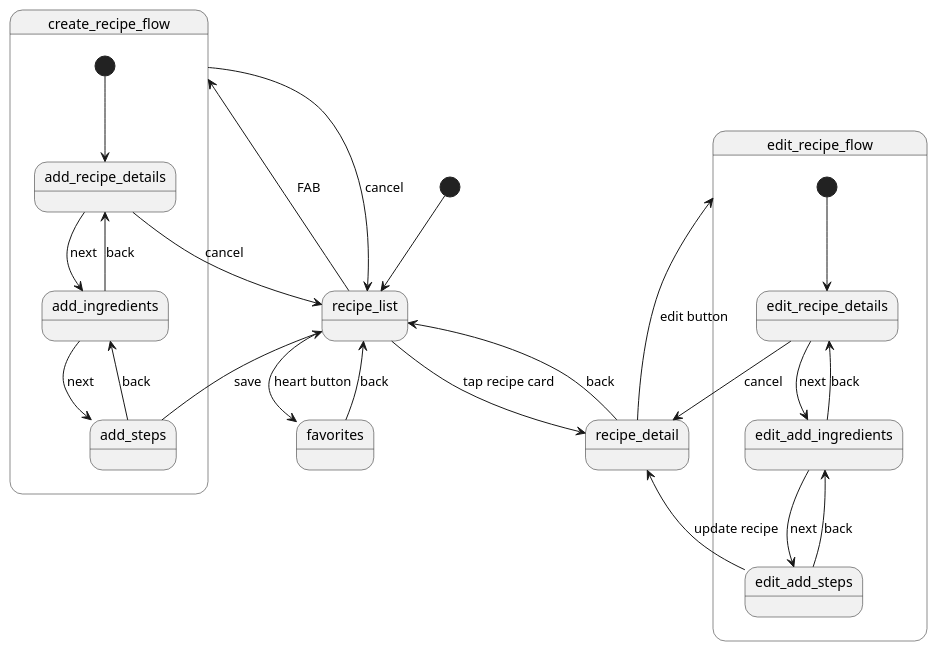
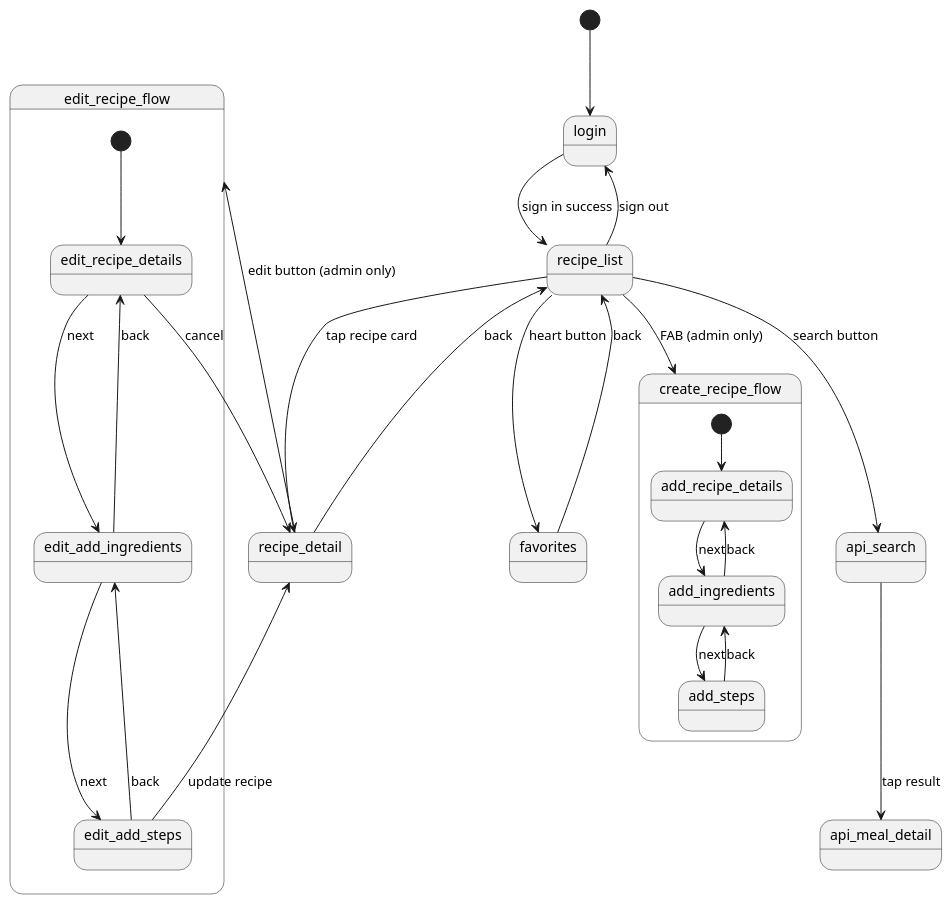
The first of 2 diagrams in README.md (OmiShrestha/w-cooking-recipe), drawn with PlantUML before and after one commit. The commit also changed other lines of this file, not shown here.

````diff
--- a/README.md
+++ b/README.md
@@ -42,41 +51,37 @@
 ```plantuml
 @startuml
-[*] --> recipe_list
+state login
+[*] --> login
+
+login --> recipe_list : sign in success
 
 recipe_list --> favorites : heart button
 recipe_list --> recipe_detail : tap recipe card
+recipe_list --> CreateFlow : FAB (admin only)
 
 state "create_recipe_flow" as CreateFlow {
     [*] --> add_recipe_details
+    add_recipe_details --> add_ingredients : next
+    add_ingredients --> add_recipe_details : back
     add_ingredients --> add_steps : next
+    add_steps --> add_ingredients : back
+}
 
-    add_ingredients --> add_recipe_details : back
-    add_recipe_details --> add_ingredients : next
-
-    add_steps --> add_ingredients : back
-
-}
-state "edit_recipe_flow" as EditFLow {
+state "edit_recipe_flow" as EditFlow {
     [*] --> edit_recipe_details
+    edit_recipe_details --> edit_add_ingredients : next
+    edit_add_ingredients --> edit_recipe_details : back
     edit_add_ingredients --> edit_add_steps : next
-    edit_recipe_details --> edit_add_ingredients : next
-
-    edit_add_ingredients -->edit_recipe_details : back
-
     edit_add_steps --> edit_add_ingredients : back
     edit_add_steps --> recipe_detail : update recipe
     edit_recipe_details --> recipe_detail : cancel
-
 }
 
-recipe_detail --> EditFLow : edit button
-
-recipe_list --> CreateFlow : FAB
-add_recipe_details --> recipe_list : cancel
-CreateFlow --> recipe_list : cancel
-add_steps --> recipe_list : save
-
+recipe_detail --> EditFlow : edit button (admin only)
+recipe_list --> api_search : search button
+api_search --> api_meal_detail : tap result
+recipe_list --> login : sign out
 favorites --> recipe_list : back
 recipe_detail --> recipe_list : back
 @enduml
 ```
````
